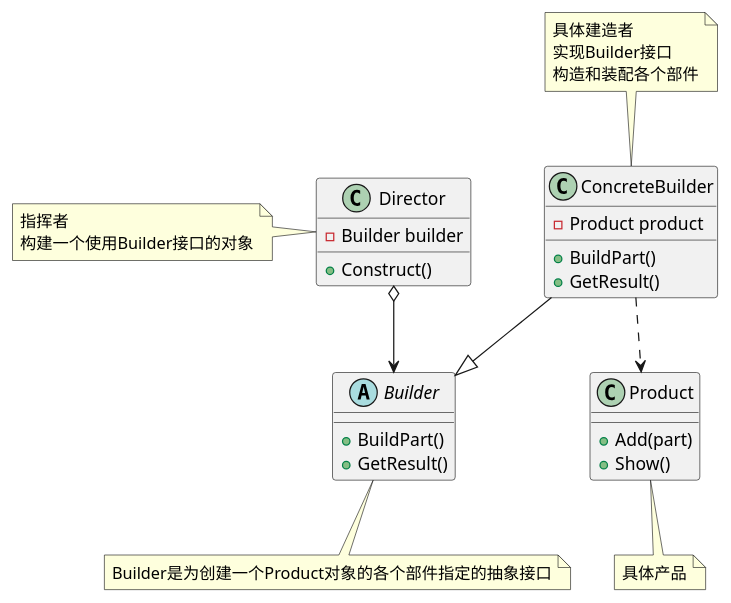
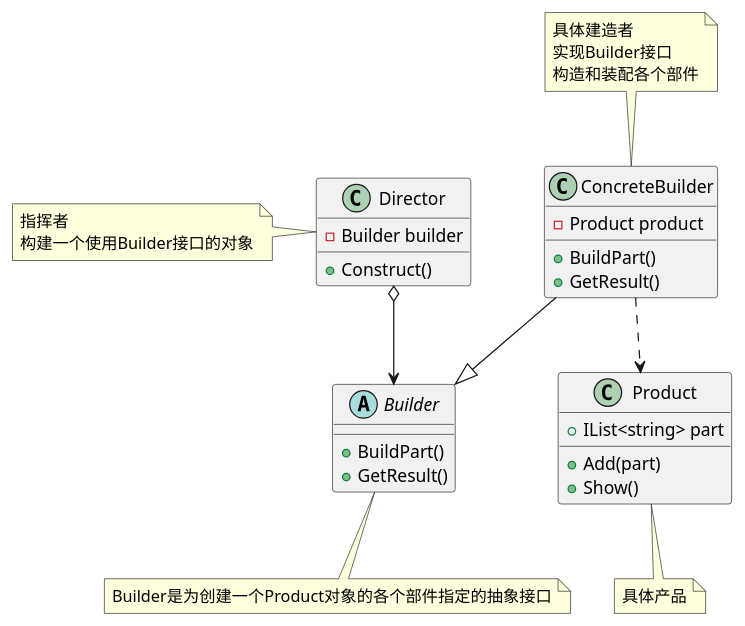
One commit to qq46128558/sample changed the diagram in design-mode/builder.md. Above: the diagram before and after it, drawn with PlantUML. The commit also changed 1 other file, not shown here.

Commit message:
Sample code improved: M design-mode/builder.md ?? design-mode/publish_subscribe.md

````diff
--- a/design-mode/builder.md
+++ b/design-mode/builder.md
@@ -6,28 +6,29 @@
 ```uml
 @startuml
 class Director{
     -Builder builder
     +Construct()
 }
 abstract class Builder{
     +BuildPart()
     +GetResult()
 }
 class ConcreteBuilder{
     -Product product
     +BuildPart()
     +GetResult()
 }
 class Product{
+    +IList<string> part
     +Add(part)
     +Show()
 }
 Director o-->Builder
 ConcreteBuilder--|>Builder
 ConcreteBuilder..>Product
 note left of Director: 指挥者\n构建一个使用Builder接口的对象
 note bottom of Builder: Builder是为创建一个Product对象的各个部件指定的抽象接口
 note top of ConcreteBuilder: 具体建造者\n实现Builder接口\n构造和装配各个部件
 note bottom of Product: 具体产品
 @enduml
 ```
````
